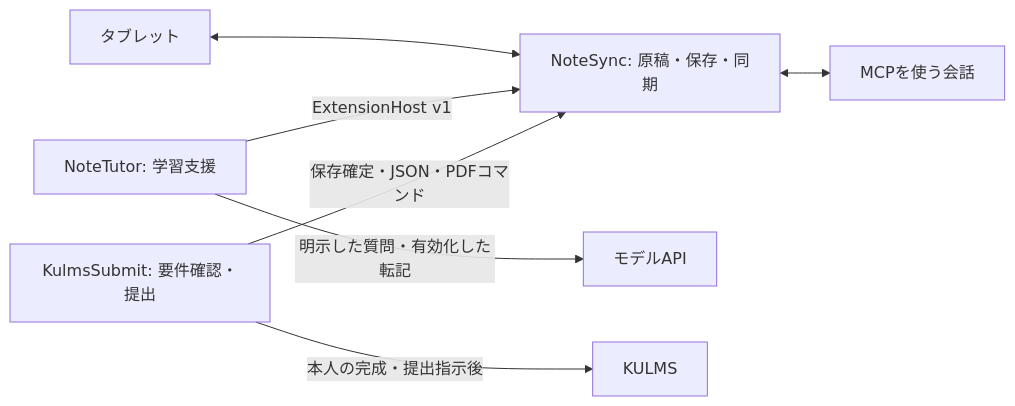
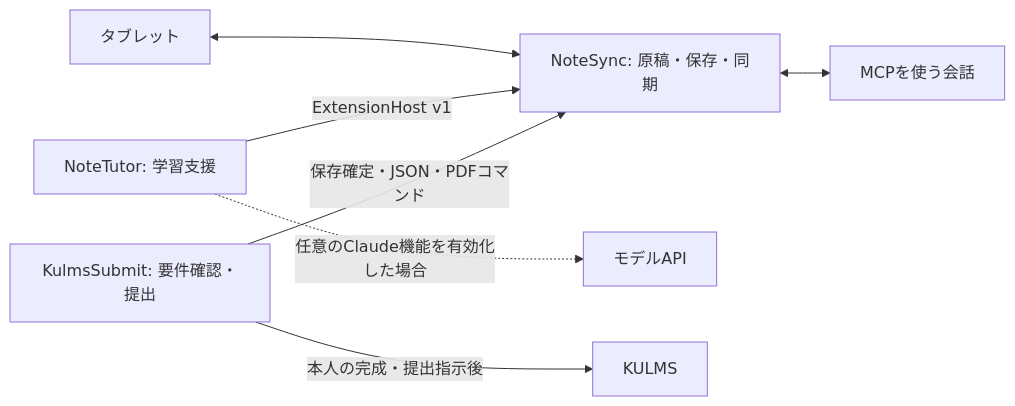
One commit to Issan0511/NoteSync changed the diagram in ARCHITECTURE.md. Above: the diagram before and after it, drawn with Mermaid. The commit also changed 2 other files, not shown here.

Commit message:
Describe notebook tutoring without requiring transcription

````diff
--- a/ARCHITECTURE.md
+++ b/ARCHITECTURE.md
@@ -5,9 +5,9 @@
 ```mermaid
 flowchart LR
   Tablet[タブレット] <--> Sync[NoteSync: 原稿・保存・同期]
   Sync <--> Chat[MCPを使う会話]
   Tutor[NoteTutor: 学習支援] -->|ExtensionHost v1| Sync
-  Tutor -->|明示した質問・有効化した転記| API[モデルAPI]
+  Tutor -.->|任意のClaude機能を有効化した場合| API[モデルAPI]
   Submit[KulmsSubmit: 要件確認・提出] -->|保存確定・JSON・PDFコマンド| Sync
   Submit -->|本人の完成・提出指示後| LMS[KULMS]
 ```
````
